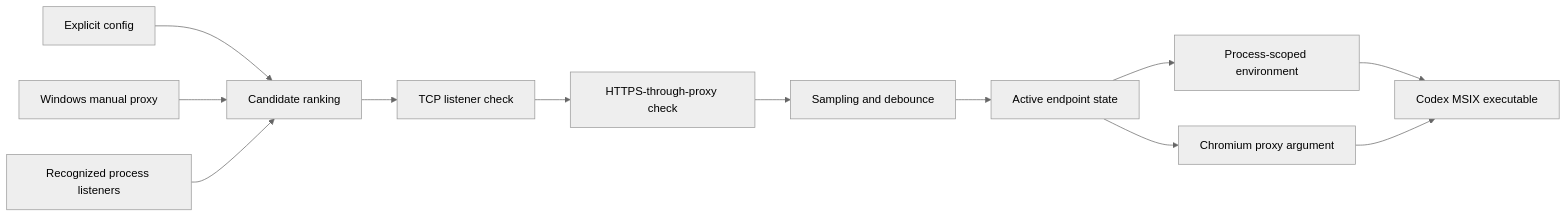
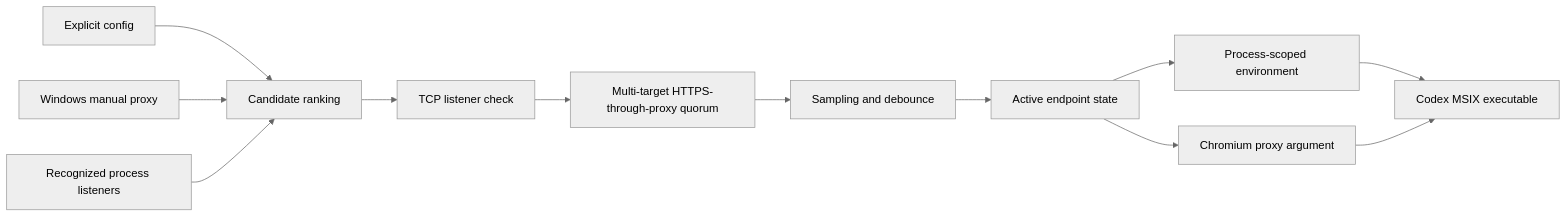
The first of 2 diagrams in docs/ARCHITECTURE.md (CH-ZHOU-0512/codex-proxy-guardian), drawn with Mermaid (neutral theme) before and after one commit. The commit also changed other lines of this file and 23 other files, not shown here.

````diff
--- a/docs/ARCHITECTURE.md
+++ b/docs/ARCHITECTURE.md
@@ -5,14 +5,14 @@
 ```mermaid
 flowchart LR
     A["Explicit config"] --> D["Candidate ranking"]
     B["Windows manual proxy"] --> D
     C["Recognized process listeners"] --> D
     D --> E["TCP listener check"]
-    E --> F["HTTPS-through-proxy check"]
+    E --> F["Multi-target HTTPS-through-proxy quorum"]
     F --> G["Sampling and debounce"]
     G --> H["Active endpoint state"]
     H --> I["Process-scoped environment"]
     H --> J["Chromium proxy argument"]
     I --> K["Codex MSIX executable"]
     J --> K
 ```
````
